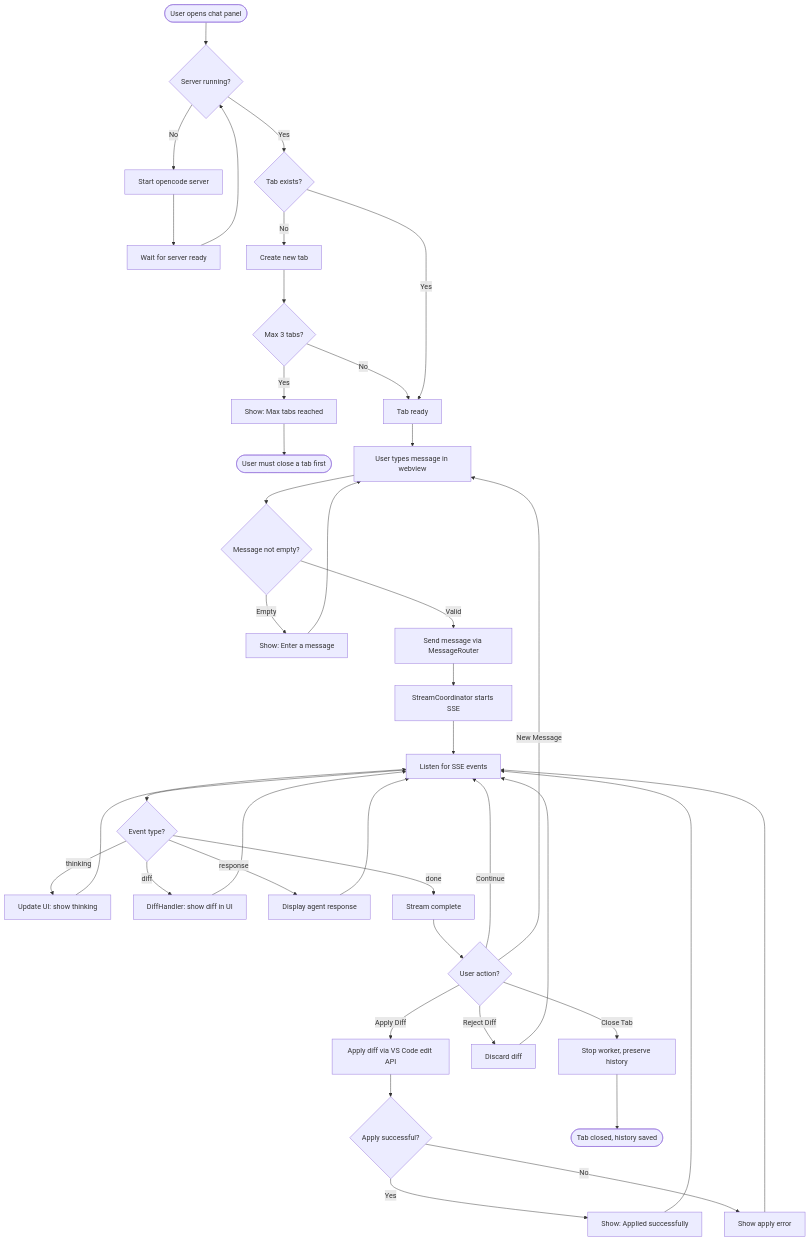
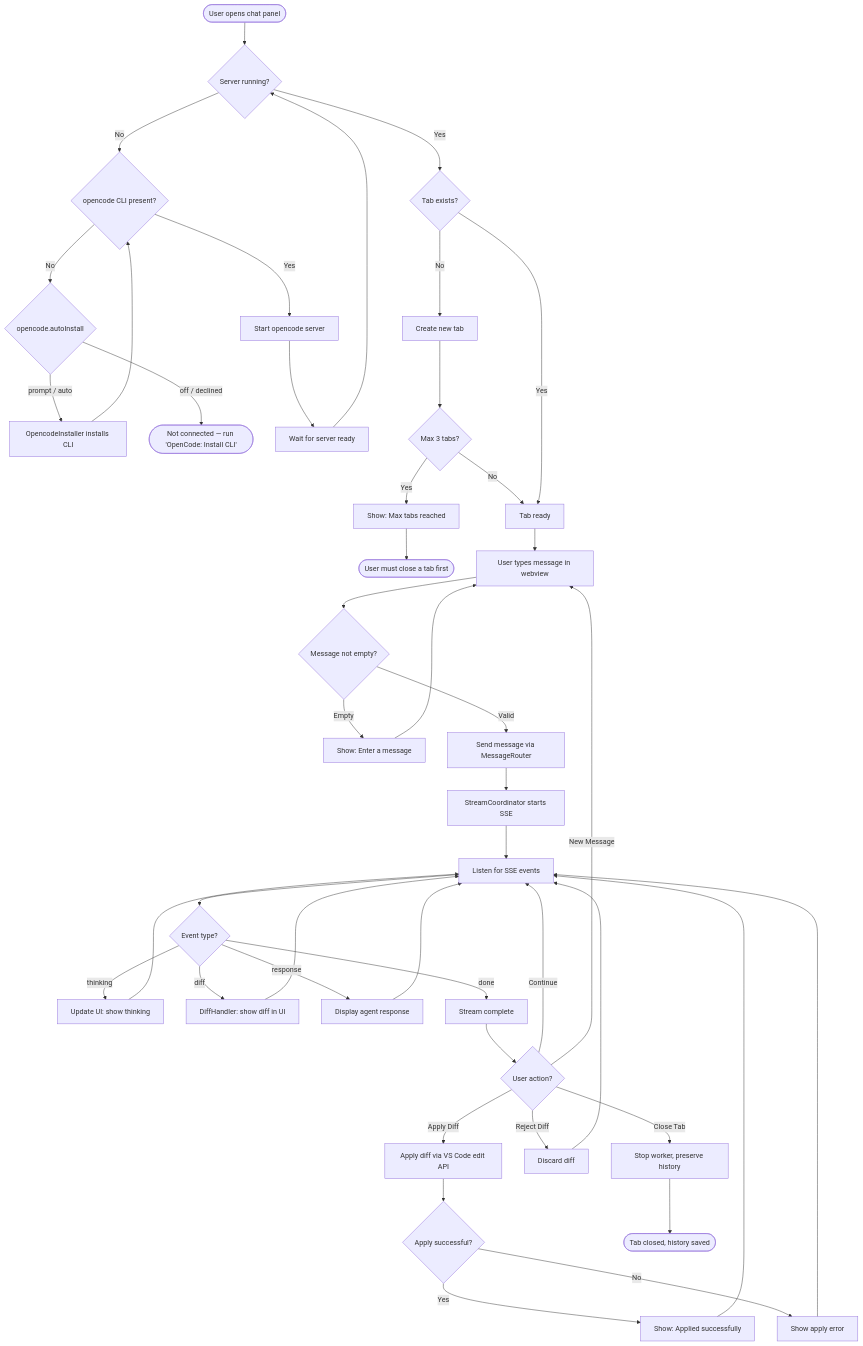
Before and after one commit to K-Arthur/opencode-harness: the diagram in docs/diagrams/flow-primary.md, drawn with Mermaid. The commit also changed 27 other files, not shown here.

First line of the commit message:
feat: Implement auto-install for OpenCode CLI on activation

````diff
--- a/docs/diagrams/flow-primary.md
+++ b/docs/diagrams/flow-primary.md
@@ -4,63 +4,68 @@
 ```mermaid
 flowchart TD
     Start([User opens chat panel])
     
     Start --> CheckServer{Server running?}
     
-    CheckServer -->|No| StartServer[Start opencode server]
+    CheckServer -->|No| CheckCli{opencode CLI present?}
+    CheckCli -->|No| AutoInstall{opencode.autoInstall}
+    AutoInstall -->|prompt / auto| InstallCli[OpencodeInstaller installs CLI]
+    InstallCli --> CheckCli
+    AutoInstall -->|off / declined| NotConnected([Not connected — run 'OpenCode: Install CLI'])
+    CheckCli -->|Yes| StartServer[Start opencode server]
     StartServer --> WaitServer[Wait for server ready]
     WaitServer --> CheckServer
     
     CheckServer -->|Yes| CheckTab{Tab exists?}
     
     CheckTab -->|No| CreateTab[Create new tab]
     CreateTab --> CheckConcurrency{Max 3 tabs?}
     CheckConcurrency -->|Yes| ShowWarning[Show: Max tabs reached]
     ShowWarning --> End2([User must close a tab first])
     CheckConcurrency -->|No| TabReady[Tab ready]
     
     CheckTab -->|Yes| TabReady
     
     TabReady --> UserInput[User types message in webview]
     UserInput --> ValidateInput{Message not empty?}
     
     ValidateInput -->|Empty| ShowError[Show: Enter a message]
     ShowError --> UserInput
     
     ValidateInput -->|Valid| SendMessage[Send message via MessageRouter]
     SendMessage --> StartStream[StreamCoordinator starts SSE]
     
     StartStream --> StreamEvents[Listen for SSE events]
     
     StreamEvents --> CheckEventType{Event type?}
     
     CheckEventType -->|thinking| UpdateUI1[Update UI: show thinking]
     UpdateUI1 --> StreamEvents
     
     CheckEventType -->|diff| ShowDiff[DiffHandler: show diff in UI]
     ShowDiff --> StreamEvents
     
     CheckEventType -->|response| ShowResponse[Display agent response]
     ShowResponse --> StreamEvents
     
     CheckEventType -->|done| Complete[Stream complete]
     
     Complete --> UserAction{User action?}
     
     UserAction -->|Apply Diff| ApplyDiff[Apply diff via VS Code edit API]
     ApplyDiff --> CheckApply{Apply successful?}
     CheckApply -->|Yes| Success[Show: Applied successfully]
     Success --> StreamEvents
     CheckApply -->|No| ShowApplyError[Show apply error]
     ShowApplyError --> StreamEvents
     
     UserAction -->|Reject Diff| RejectDiff[Discard diff]
     RejectDiff --> StreamEvents
     
     UserAction -->|Continue| StreamEvents
     
     UserAction -->|New Message| UserInput
     
     UserAction -->|Close Tab| SoftClose[Stop worker, preserve history]
     SoftClose --> End([Tab closed, history saved])
 ```
````
